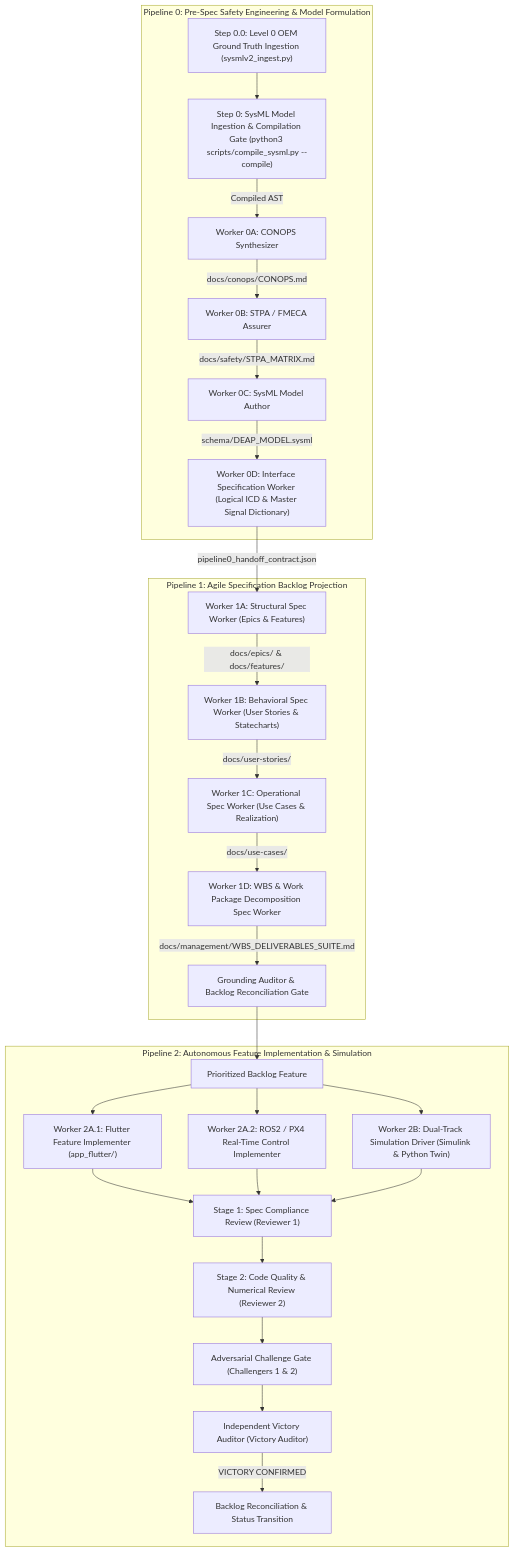
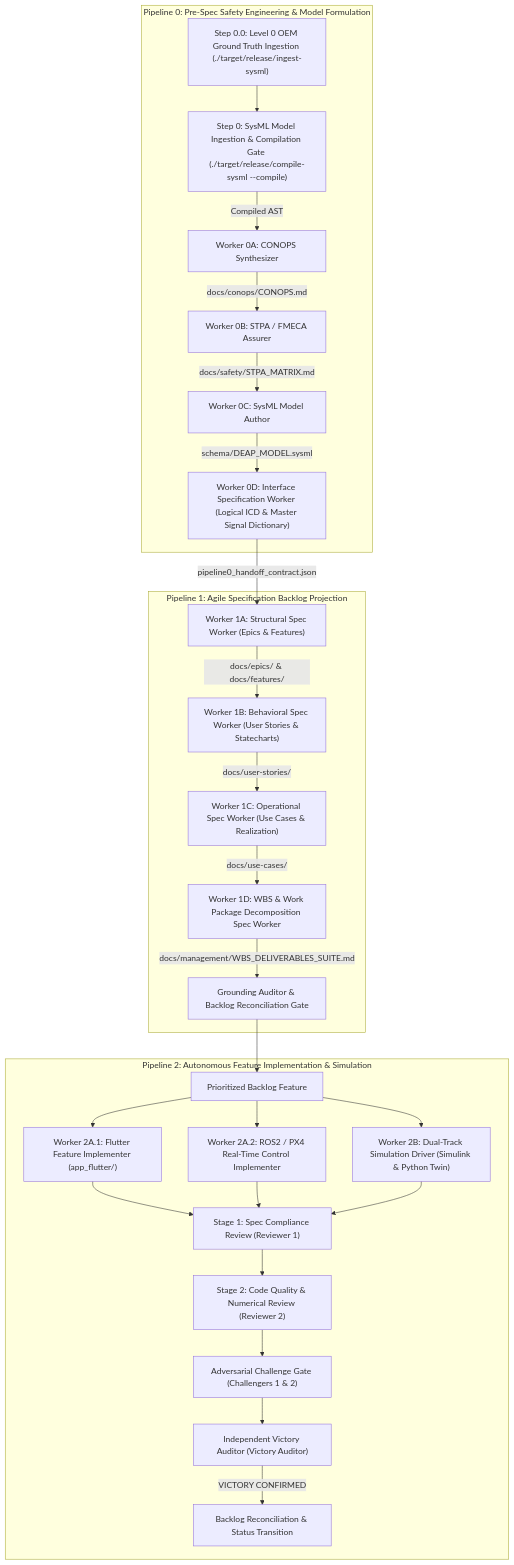
One commit to gintatkinson/DEAP-profile-flutter-app changed the diagram in README.md. Above: the diagram before and after it, drawn with Mermaid. The commit also changed other lines of this file and 6949 other files, not shown here.

````diff
--- a/README.md
+++ b/README.md
@@ -74,30 +74,30 @@
 ```mermaid
 flowchart TD
     subgraph P0["Pipeline 0: Pre-Spec Safety Engineering & Model Formulation"]
-        Step00["Step 0.0: Level 0 OEM Ground Truth Ingestion (sysmlv2_ingest.py)"] --> Step0["Step 0: SysML Model Ingestion & Compilation Gate (python3 scripts/compile_sysml.py --compile)"]
+        Step00["Step 0.0: Level 0 OEM Ground Truth Ingestion (./target/release/ingest-sysml)"] --> Step0["Step 0: SysML Model Ingestion & Compilation Gate (./target/release/compile-sysml --compile)"]
         Step0 -->|"Compiled AST"| W0A["Worker 0A: CONOPS Synthesizer"]
         W0A -->|"docs/conops/CONOPS.md"| W0B["Worker 0B: STPA / FMECA Assurer"]
         W0B -->|"docs/safety/STPA_MATRIX.md"| W0C["Worker 0C: SysML Model Author"]
         W0C -->|"schema/DEAP_MODEL.sysml"| W0D["Worker 0D: Interface Specification Worker (Logical ICD & Master Signal Dictionary)"]
     end
 
     subgraph P1["Pipeline 1: Agile Specification Backlog Projection"]
         W0D -->|"pipeline0_handoff_contract.json"| W1A["Worker 1A: Structural Spec Worker (Epics & Features)"]
         W1A -->|"docs/epics/ & docs/features/"| W1B["Worker 1B: Behavioral Spec Worker (User Stories & Statecharts)"]
         W1B -->|"docs/user-stories/"| W1C["Worker 1C: Operational Spec Worker (Use Cases & Realization)"]
         W1C -->|"docs/use-cases/"| W1D["Worker 1D: WBS & Work Package Decomposition Spec Worker"]
         W1D -->|"docs/management/WBS_DELIVERABLES_SUITE.md"| Reconcile["Grounding Auditor & Backlog Reconciliation Gate"]
     end
 
     subgraph P2["Pipeline 2: Autonomous Feature Implementation & Simulation"]
         Reconcile --> Backlog["Prioritized Backlog Feature"]
         Backlog --> W2A1["Worker 2A.1: Flutter Feature Implementer (app_flutter/)"]
         Backlog --> W2A2["Worker 2A.2: ROS2 / PX4 Real-Time Control Implementer"]
         Backlog --> W2B["Worker 2B: Dual-Track Simulation Driver (Simulink & Python Twin)"]
         W2A1 & W2A2 & W2B --> Rev1["Stage 1: Spec Compliance Review (Reviewer 1)"]
         Rev1 --> Rev2["Stage 2: Code Quality & Numerical Review (Reviewer 2)"]
         Rev2 --> Chall["Adversarial Challenge Gate (Challengers 1 & 2)"]
         Chall --> Victory["Independent Victory Auditor (Victory Auditor)"]
         Victory -->|"VICTORY CONFIRMED"| Release["Backlog Reconciliation & Status Transition"]
     end
 ```
````
